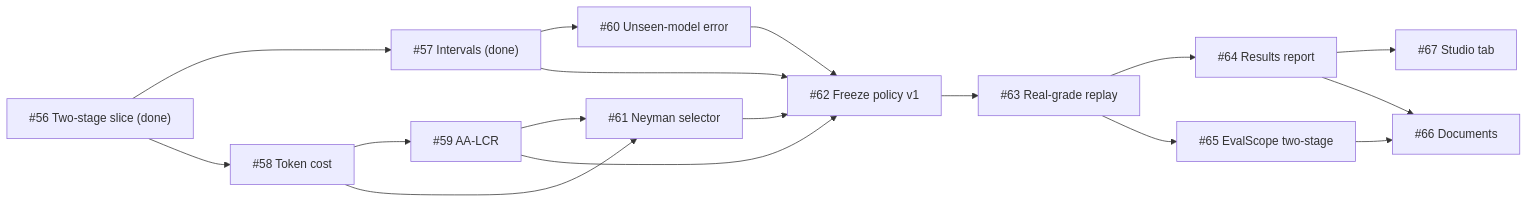
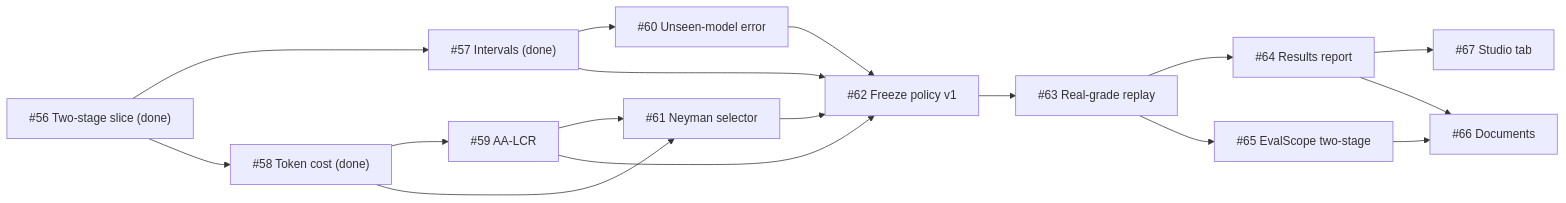
One commit to sdv1708/ai-model-benchmark changed the third of 3 diagrams in README.md. Above: the diagram before and after it, drawn with Mermaid. The commit also changed other lines of this file and 15 other files, not shown here.

First line of the commit message:
Report the expected token cost for every operating point (#58) (#72)

````diff
--- a/README.md
+++ b/README.md
@@ -562,19 +580,19 @@
 ```mermaid
 flowchart LR
     I56["#56 Two-stage slice (done)"] --> I57["#57 Intervals (done)"]
-    I56 --> I58["#58 Token cost"]
+    I56 --> I58["#58 Token cost (done)"]
     I58 --> I59["#59 AA-LCR"]
     I57 --> I60["#60 Unseen-model error"]
     I58 --> I61["#61 Neyman selector"]
     I59 --> I61
     I57 --> I62["#62 Freeze policy v1"]
     I59 --> I62
     I60 --> I62
     I61 --> I62
     I62 --> I63["#63 Real-grade replay"]
     I63 --> I64["#64 Results report"]
     I63 --> I65["#65 EvalScope two-stage"]
     I64 --> I67["#67 Studio tab"]
     I64 --> I66["#66 Documents"]
     I65 --> I66
 ```
````
